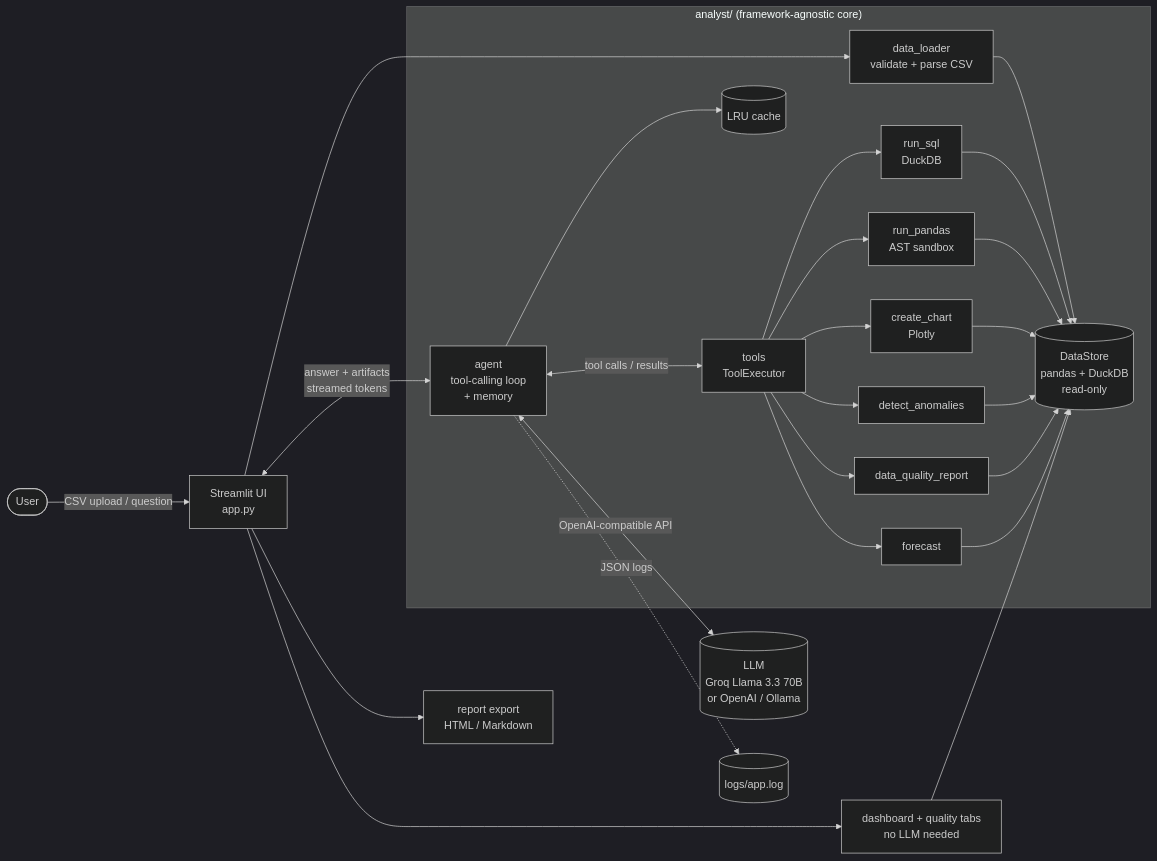
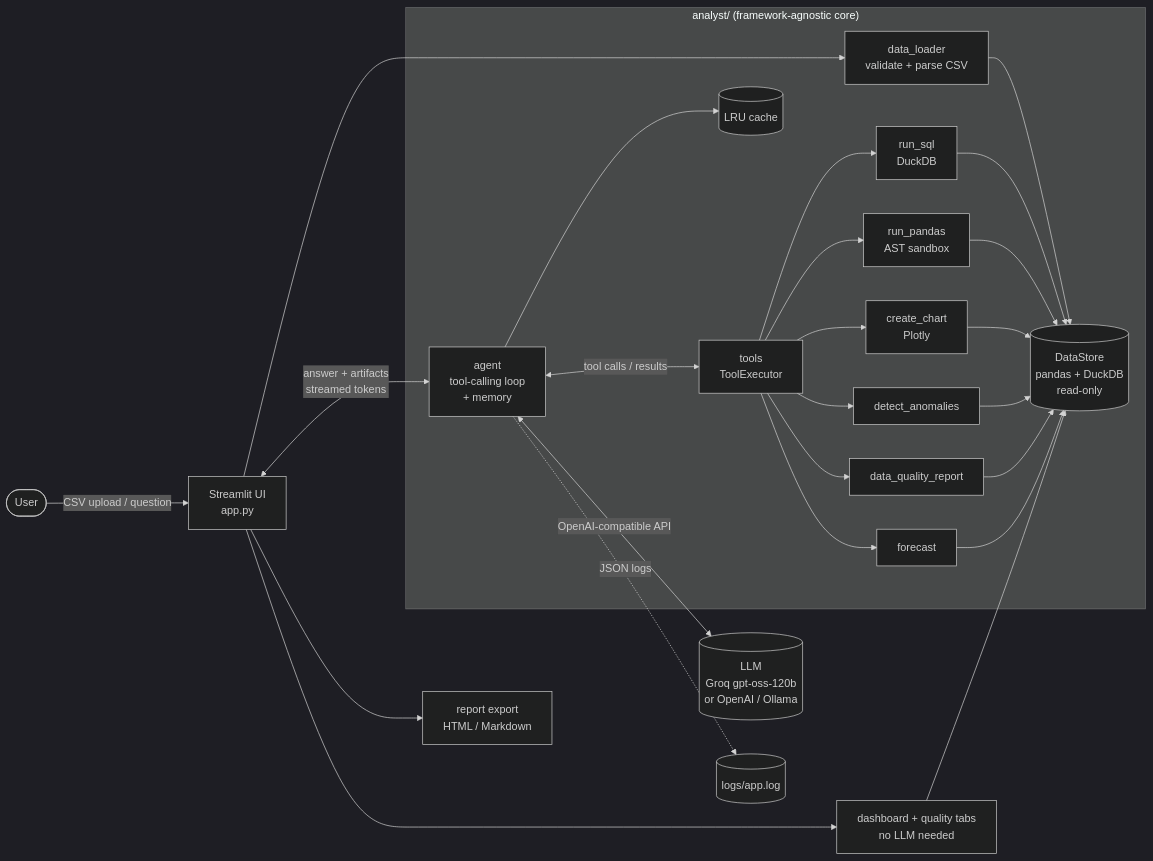
Before and after one commit to shlokdhanokar/ai-data-analyst: the diagram in README.md, drawn with Mermaid (dark theme). The commit also changed other lines of this file and 17 other files, not shown here.

Commit message:
Live-tested with Groq gpt-oss-120b: eval fixes, chart fallback, anomaly impact, screenshots and demo video

````diff
--- a/README.md
+++ b/README.md
@@ -32,25 +32,25 @@
 ```mermaid
 flowchart LR
     U([User]) -->|CSV upload / question| UI[Streamlit UI<br/>app.py]
 
     subgraph Core["analyst/ (framework-agnostic core)"]
         DL[data_loader<br/>validate + parse CSV] --> DS[(DataStore<br/>pandas + DuckDB<br/>read-only)]
         AG[agent<br/>tool-calling loop<br/>+ memory] <-->|tool calls / results| TX[tools<br/>ToolExecutor]
         AG --> C[(LRU cache)]
         TX --> SQL[run_sql<br/>DuckDB]
         TX --> PD[run_pandas<br/>AST sandbox]
         TX --> CH[create_chart<br/>Plotly]
         TX --> AN[detect_anomalies]
         TX --> QA[data_quality_report]
         TX --> FC[forecast]
         SQL & PD & CH & AN & QA & FC --> DS
     end
 
     UI --> DL
     UI <-->|answer + artifacts<br/>streamed tokens| AG
     UI --> DB[dashboard + quality tabs<br/>no LLM needed]
     DB --> DS
-    AG <-->|OpenAI-compatible API| LLM[(LLM<br/>Groq Llama 3.3 70B<br/>or OpenAI / Ollama)]
+    AG <-->|OpenAI-compatible API| LLM[(LLM<br/>Groq gpt-oss-120b<br/>or OpenAI / Ollama)]
     AG -.->|JSON logs| LOG[(logs/app.log)]
     UI --> EX[report export<br/>HTML / Markdown]
 ```
````
